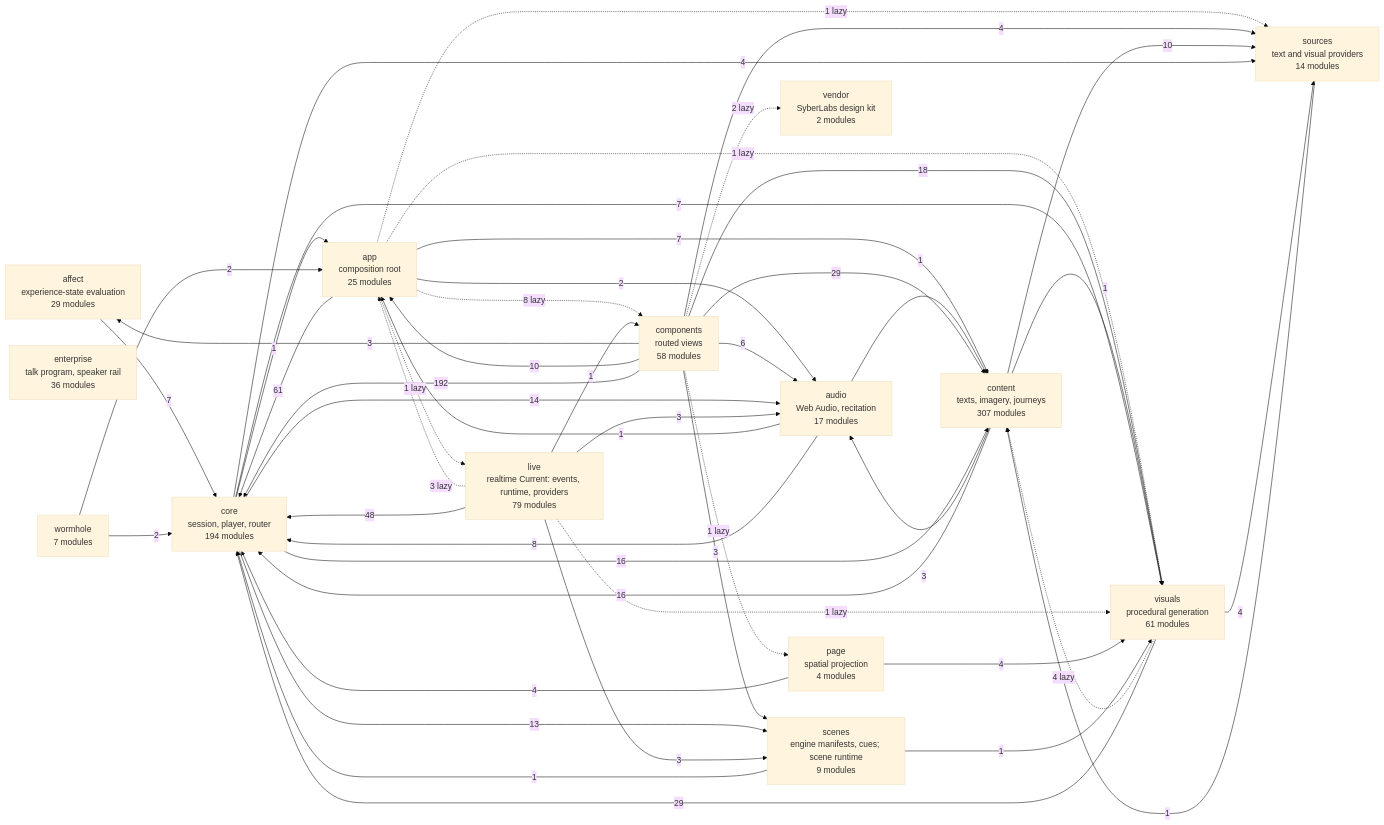
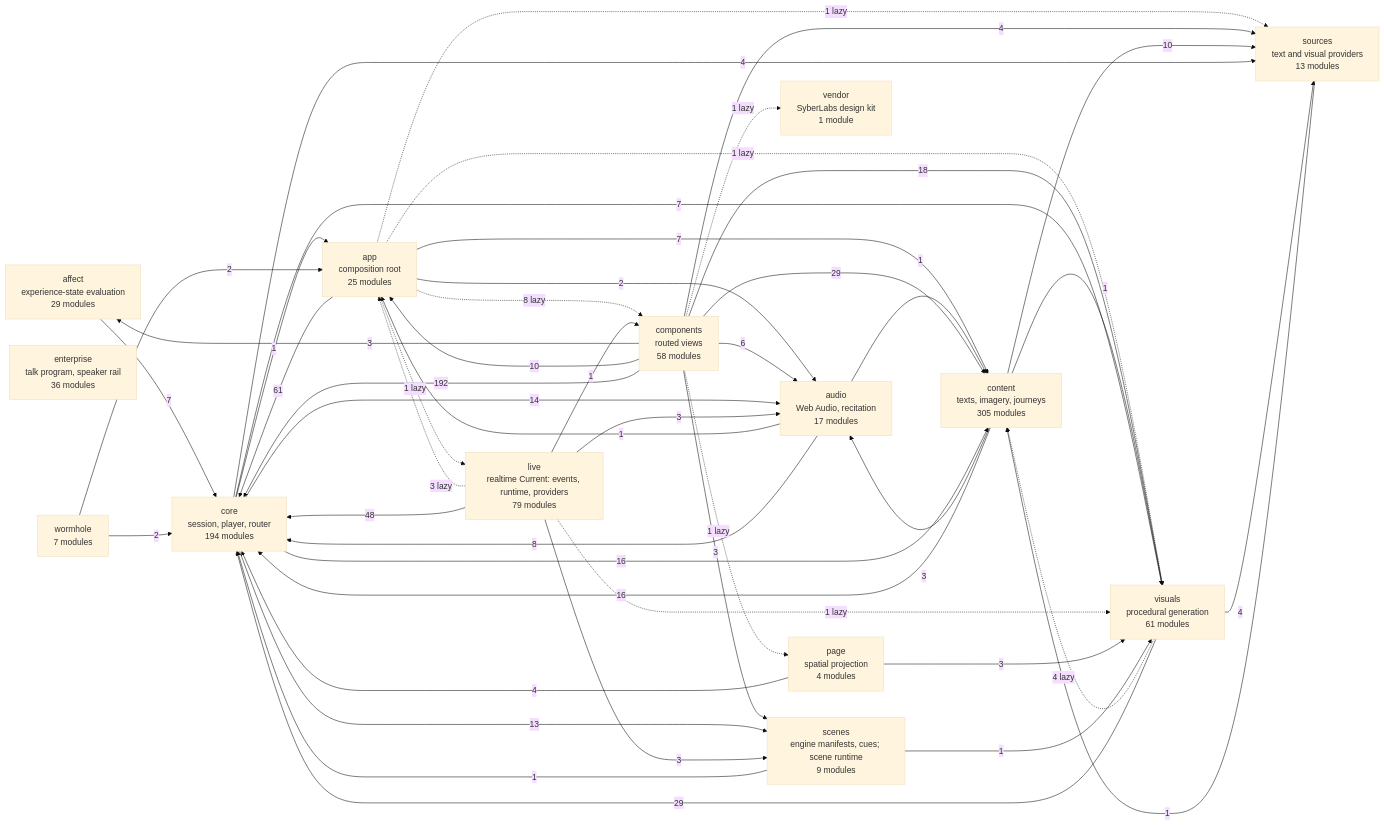
One commit to SyberLabs/RISE changed the diagram in docs/specs/ARCHITECTURE.md. Above: the diagram before and after it, drawn with Mermaid (base theme). The commit also changed other lines of this file and 238 other files, not shown here.

````diff
--- a/docs/specs/ARCHITECTURE.md
+++ b/docs/specs/ARCHITECTURE.md
@@ -161,65 +161,65 @@
 ```mermaid
 flowchart LR
     affect["affect<br/>experience-state evaluation<br/>29 modules"]
     app["app<br/>composition root<br/>25 modules"]
     audio["audio<br/>Web Audio, recitation<br/>17 modules"]
     components["components<br/>routed views<br/>58 modules"]
-    content["content<br/>texts, imagery, journeys<br/>307 modules"]
+    content["content<br/>texts, imagery, journeys<br/>305 modules"]
     core["core<br/>session, player, router<br/>194 modules"]
     enterprise["enterprise<br/>talk program, speaker rail<br/>36 modules"]
     live["live<br/>realtime Current: events, runtime, providers<br/>79 modules"]
     page["page<br/>spatial projection<br/>4 modules"]
     scenes["scenes<br/>engine manifests, cues; scene runtime<br/>9 modules"]
-    sources["sources<br/>text and visual providers<br/>14 modules"]
-    vendor["vendor<br/>SyberLabs design kit<br/>2 modules"]
+    sources["sources<br/>text and visual providers<br/>13 modules"]
+    vendor["vendor<br/>SyberLabs design kit<br/>1 module"]
     visuals["visuals<br/>procedural generation<br/>61 modules"]
     wormhole["wormhole<br/>7 modules"]
 
     affect --> |7| core
     app --> |2| audio
     app -.-> |8 lazy| components
     app --> |7| content
     app --> |61| core
     app -.-> |1 lazy| live
     app -.-> |1 lazy| sources
     app -.-> |1 lazy| visuals
     audio --> |1| app
     audio --> |1| content
     audio --> |8| core
     components --> |3| affect
     components --> |10| app
     components --> |6| audio
     components --> |29| content
     components --> |192| core
     components -.-> |1 lazy| page
     components --> |3| scenes
     components --> |4| sources
-    components -.-> |2 lazy| vendor
+    components -.-> |1 lazy| vendor
     components --> |18| visuals
     content --> |3| audio
     content --> |16| core
     content --> |10| sources
     content --> |1| visuals
     core --> |1| app
     core --> |14| audio
     core --> |16| content
     core --> |13| scenes
     core --> |4| sources
     core --> |7| visuals
     live -.-> |3 lazy| app
     live --> |3| audio
     live --> |1| components
     live --> |48| core
     live --> |3| scenes
     live -.-> |1 lazy| visuals
     page --> |4| core
-    page --> |4| visuals
+    page --> |3| visuals
     scenes --> |1| core
     scenes --> |1| visuals
     sources --> |1| content
     visuals -.-> |4 lazy| content
     visuals --> |29| core
     visuals --> |4| sources
     wormhole --> |2| app
     wormhole --> |2| core
 ```
````
